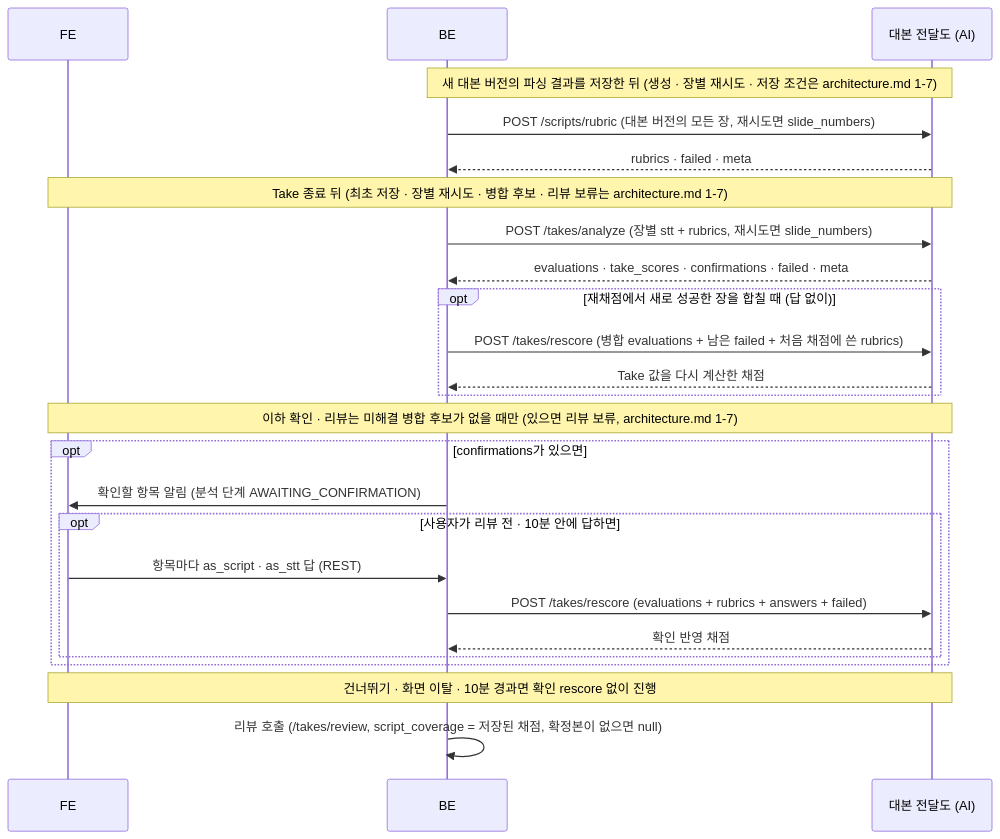
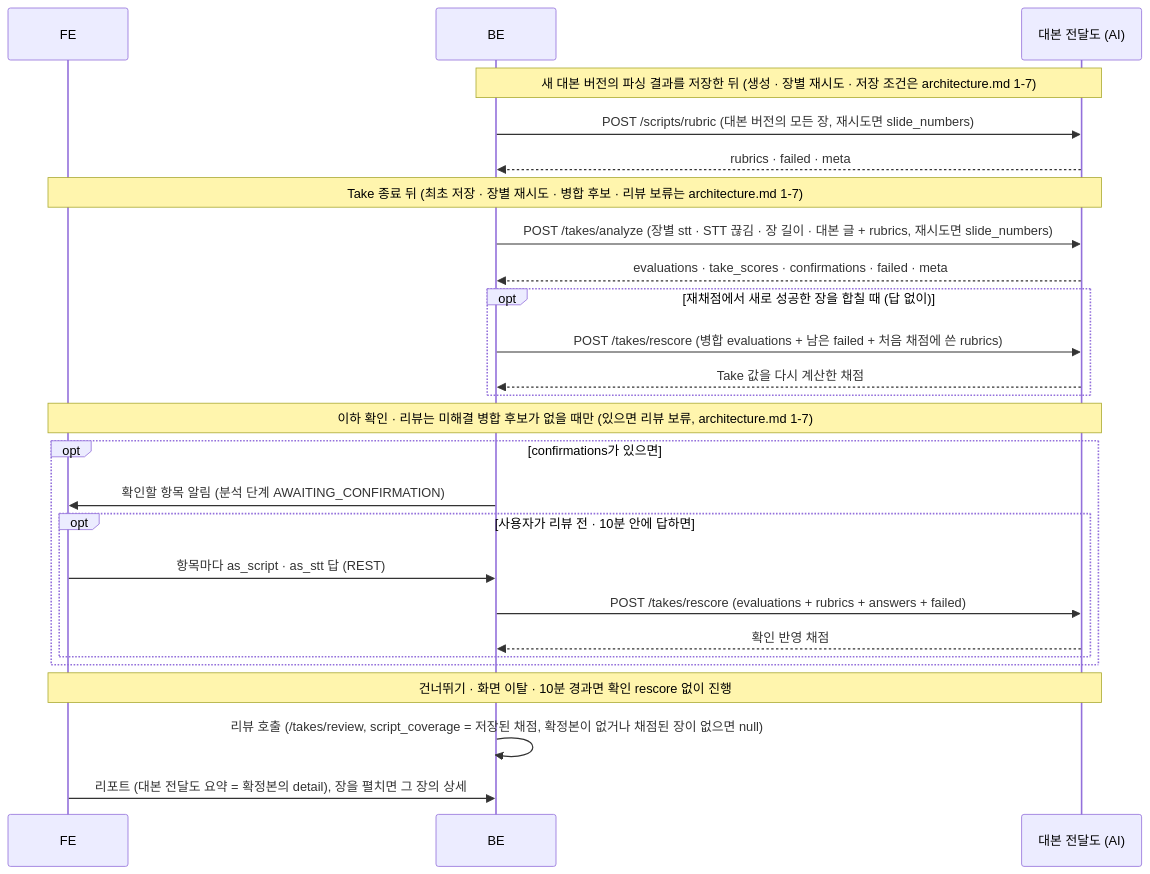
Before and after one commit to kakaotechcampus-4/ktc4-pusan-2: the second of 2 diagrams in docs/ai/features/script-coverage-evaluation.md, drawn with Mermaid. The commit also changed other lines of this file and 1 other file, not shown here.

First line of the commit message:
docs(ai): 대본 전달도 결과 상세 계약 — 공통 계약 1-1 · 1-3 · 4절, 기능 문서

````diff
--- a/docs/ai/features/script-coverage-evaluation.md
+++ b/docs/ai/features/script-coverage-evaluation.md
@@ -627,27 +741,28 @@
 ```mermaid
 sequenceDiagram
     participant FE
     participant BE
     participant A as 대본 전달도 (AI)
     Note over BE,A: 새 대본 버전의 파싱 결과를 저장한 뒤 (생성 · 장별 재시도 · 저장 조건은 architecture.md 1-7)
     BE->>A: POST /scripts/rubric (대본 버전의 모든 장, 재시도면 slide_numbers)
     A-->>BE: rubrics · failed · meta
     Note over FE,A: Take 종료 뒤 (최초 저장 · 장별 재시도 · 병합 후보 · 리뷰 보류는 architecture.md 1-7)
-    BE->>A: POST /takes/analyze (장별 stt + rubrics, 재시도면 slide_numbers)
+    BE->>A: POST /takes/analyze (장별 stt · STT 끊김 · 장 길이 · 대본 글 + rubrics, 재시도면 slide_numbers)
     A-->>BE: evaluations · take_scores · confirmations · failed · meta
     opt 재채점에서 새로 성공한 장을 합칠 때 (답 없이)
         BE->>A: POST /takes/rescore (병합 evaluations + 남은 failed + 처음 채점에 쓴 rubrics)
         A-->>BE: Take 값을 다시 계산한 채점
     end
     Note over FE,A: 이하 확인 · 리뷰는 미해결 병합 후보가 없을 때만 (있으면 리뷰 보류, architecture.md 1-7)
     opt confirmations가 있으면
         BE->>FE: 확인할 항목 알림 (분석 단계 AWAITING_CONFIRMATION)
         opt 사용자가 리뷰 전 · 10분 안에 답하면
             FE->>BE: 항목마다 as_script · as_stt 답 (REST)
             BE->>A: POST /takes/rescore (evaluations + rubrics + answers + failed)
             A-->>BE: 확인 반영 채점
         end
     end
     Note over FE,A: 건너뛰기 · 화면 이탈 · 10분 경과면 확인 rescore 없이 진행
-    BE->>BE: 리뷰 호출 (/takes/review, script_coverage = 저장된 채점, 확정본이 없으면 null)
+    BE->>BE: 리뷰 호출 (/takes/review, script_coverage = 저장된 채점, 확정본이 없거나 채점된 장이 없으면 null)
+    FE->>BE: 리포트 (대본 전달도 요약 = 확정본의 detail), 장을 펼치면 그 장의 상세
 ```
````
